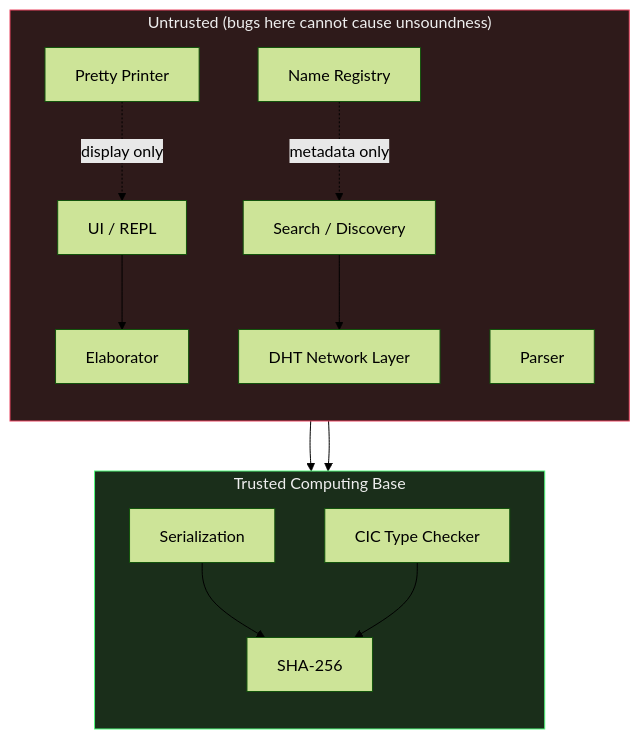
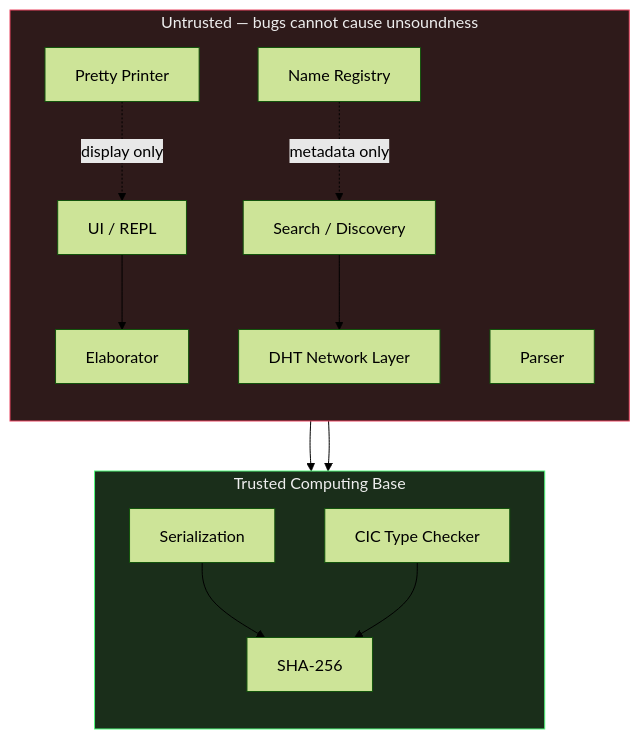
The fifth of 5 diagrams in README.md (SamuelSchlesinger/HashMath), drawn with Mermaid (forest theme) before and after one commit. The commit also changed 2 other files, not shown here.

Commit message:
Fix whitepaper overfull hboxes and shorten README diagram label
- Table 1: use p{} column + \small to fit Notes within margins
- Structure expansion: move long formula to display math
- Hash preservation: move equation to display math
- README trust model: shorten subgraph label to prevent cutoff

````diff
--- a/README.md
+++ b/README.md
@@ -277,30 +277,30 @@
 ```mermaid
 graph TB
-    subgraph Untrusted["Untrusted (bugs here cannot cause unsoundness)"]
+    subgraph Untrusted["Untrusted — bugs cannot cause unsoundness"]
         direction TB
         UI["UI / REPL"]
         Names["Name Registry"]
         PP["Pretty Printer"]
         Parser2["Parser"]
         Elab2["Elaborator"]
         Search["Search / Discovery"]
         DHT2["DHT Network Layer"]
     end
 
     subgraph Trusted["Trusted Computing Base"]
         direction TB
         TC2["CIC Type Checker"]
         SHA2["SHA-256"]
         SER["Serialization"]
     end
 
     UI --> Elab2 --> TC2
     Search --> DHT2 --> SER
     Names -.->|"metadata only"| Search
     PP -.->|"display only"| UI
     SER --> SHA2
     TC2 --> SHA2
 
     style Trusted fill:#1a2e1a,stroke:#50fa7b,color:#eee
     style Untrusted fill:#2e1a1a,stroke:#e94560,color:#eee
 ```
````
